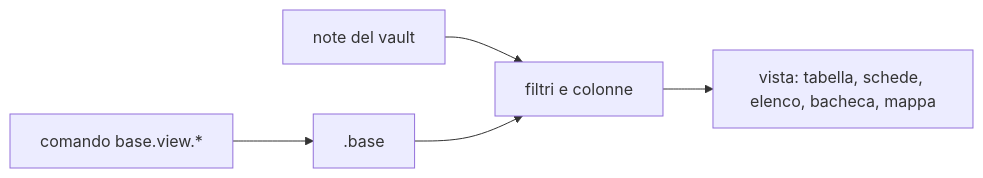
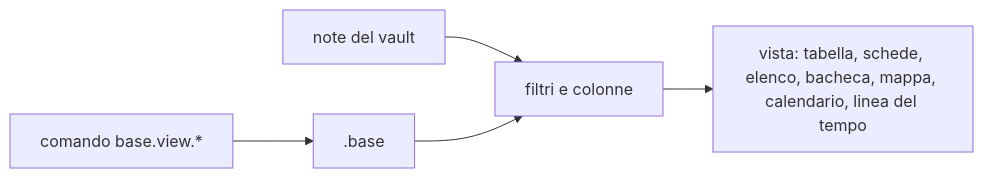
Before and after one commit to Fubeo/Fub: the diagram in docs/product/bases.md, drawn with Mermaid. The commit also changed other lines of this file, not shown here.

First line of the commit message:
docs(base): calendario e linea del tempo nella pagina della Base

````diff
--- a/docs/product/bases.md
+++ b/docs/product/bases.md
@@ -7,7 +8,7 @@
 ```mermaid
 flowchart LR
     NOTE["note del vault"] --> FILTRI["filtri e colonne"]
     FILE[".base"] --> FILTRI
-    FILTRI --> VISTA["vista: tabella, schede, elenco, bacheca, mappa"]
+    FILTRI --> VISTA["vista: tabella, schede, elenco, bacheca, mappa, calendario, linea del tempo"]
     COMANDO["comando base.view.*"] --> FILE
 ```
````
